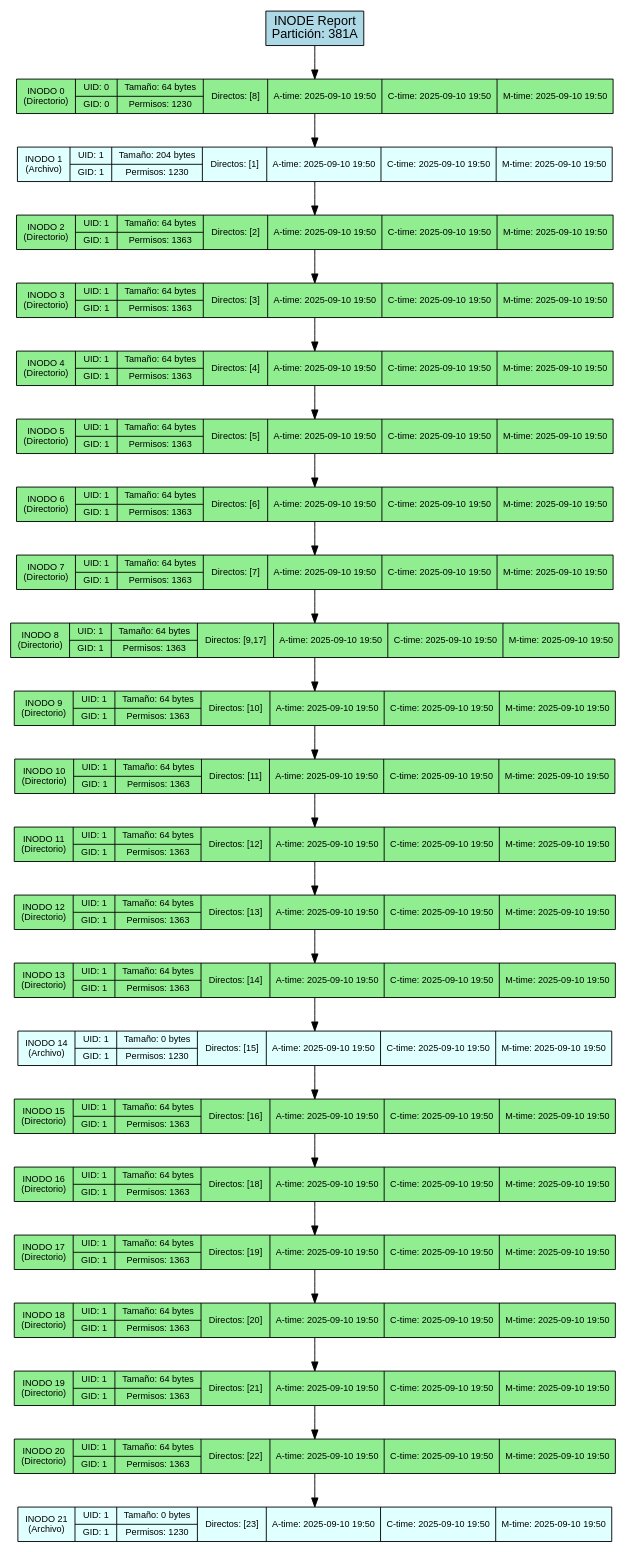
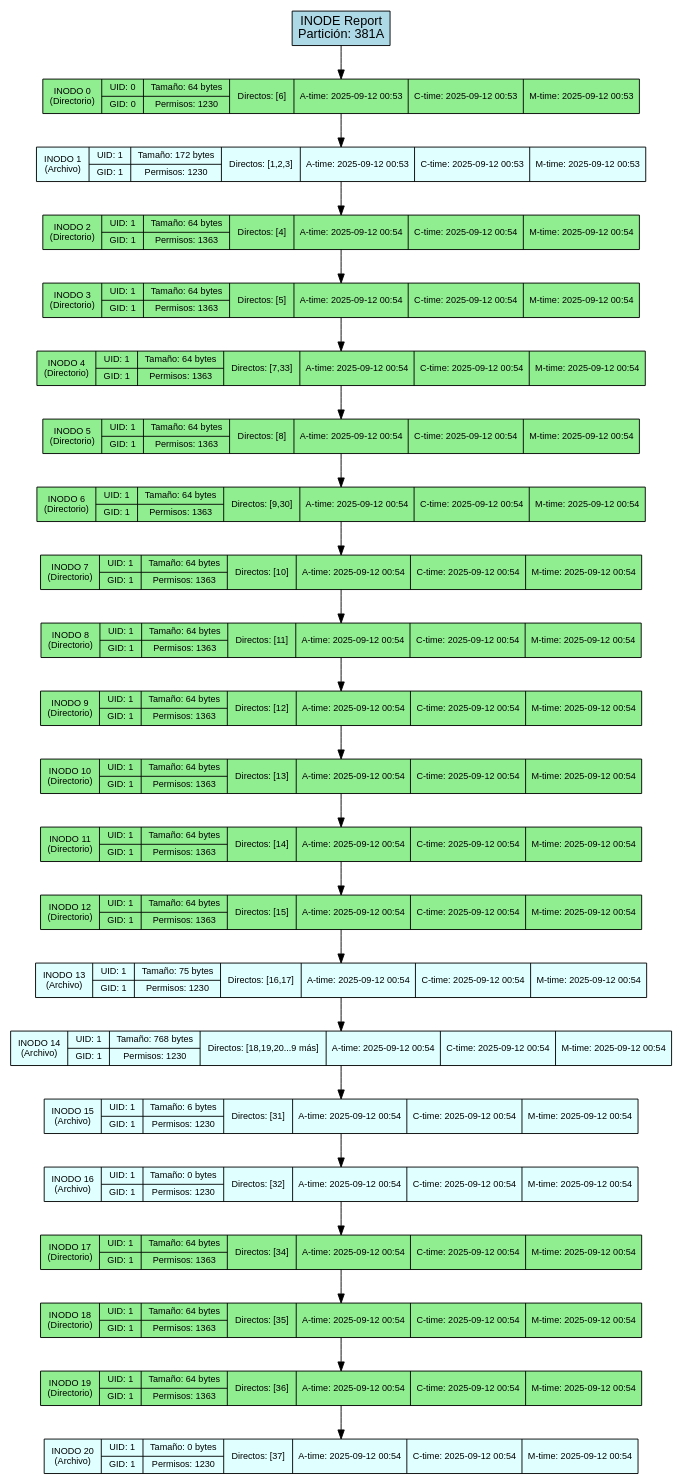
Before and after one commit to DiegVas/MIA_2S2025_P1_202300638: the diagram in backend/provider/reports/src/inode_381A.dot, drawn with Graphviz. The commit also changed 10 other files, not shown here.

```diff
--- a/backend/provider/reports/src/inode_381A.dot
+++ b/backend/provider/reports/src/inode_381A.dot
@@ -1,56 +1,54 @@
 digraph Inode_Report {
     rankdir=TB;
     node [shape=record, style=filled];
     graph [fontname="Arial", fontsize=12];
     node [fontname="Arial", fontsize=10];
     edge [fontname="Arial"];
 
     title [label="INODE Report\nPartición: 381A", fillcolor=lightblue, fontsize=14];
 
-    inode_0 [label="INODO 0\n(Directorio)|{UID: 0 | GID: 0}|{Tamaño: 64 bytes | Permisos: 1230}|{Directos: [8]}|{A-time: 2025-09-10 19:50}|{C-time: 2025-09-10 19:50}|{M-time: 2025-09-10 19:50}", fillcolor=lightgreen];
-    inode_1 [label="INODO 1\n(Archivo)|{UID: 1 | GID: 1}|{Tamaño: 204 bytes | Permisos: 1230}|{Directos: [1]}|{A-time: 2025-09-10 19:50}|{C-time: 2025-09-10 19:50}|{M-time: 2025-09-10 19:50}", fillcolor=lightcyan];
-    inode_2 [label="INODO 2\n(Directorio)|{UID: 1 | GID: 1}|{Tamaño: 64 bytes | Permisos: 1363}|{Directos: [2]}|{A-time: 2025-09-10 19:50}|{C-time: 2025-09-10 19:50}|{M-time: 2025-09-10 19:50}", fillcolor=lightgreen];
-    inode_3 [label="INODO 3\n(Directorio)|{UID: 1 | GID: 1}|{Tamaño: 64 bytes | Permisos: 1363}|{Directos: [3]}|{A-time: 2025-09-10 19:50}|{C-time: 2025-09-10 19:50}|{M-time: 2025-09-10 19:50}", fillcolor=lightgreen];
-    inode_4 [label="INODO 4\n(Directorio)|{UID: 1 | GID: 1}|{Tamaño: 64 bytes | Permisos: 1363}|{Directos: [4]}|{A-time: 2025-09-10 19:50}|{C-time: 2025-09-10 19:50}|{M-time: 2025-09-10 19:50}", fillcolor=lightgreen];
-    inode_5 [label="INODO 5\n(Directorio)|{UID: 1 | GID: 1}|{Tamaño: 64 bytes | Permisos: 1363}|{Directos: [5]}|{A-time: 2025-09-10 19:50}|{C-time: 2025-09-10 19:50}|{M-time: 2025-09-10 19:50}", fillcolor=lightgreen];
-    inode_6 [label="INODO 6\n(Directorio)|{UID: 1 | GID: 1}|{Tamaño: 64 bytes | Permisos: 1363}|{Directos: [6]}|{A-time: 2025-09-10 19:50}|{C-time: 2025-09-10 19:50}|{M-time: 2025-09-10 19:50}", fillcolor=lightgreen];
-    inode_7 [label="INODO 7\n(Directorio)|{UID: 1 | GID: 1}|{Tamaño: 64 bytes | Permisos: 1363}|{Directos: [7]}|{A-time: 2025-09-10 19:50}|{C-time: 2025-09-10 19:50}|{M-time: 2025-09-10 19:50}", fillcolor=lightgreen];
-    inode_8 [label="INODO 8\n(Directorio)|{UID: 1 | GID: 1}|{Tamaño: 64 bytes | Permisos: 1363}|{Directos: [9,17]}|{A-time: 2025-09-10 19:50}|{C-time: 2025-09-10 19:50}|{M-time: 2025-09-10 19:50}", fillcolor=lightgreen];
-    inode_9 [label="INODO 9\n(Directorio)|{UID: 1 | GID: 1}|{Tamaño: 64 bytes | Permisos: 1363}|{Directos: [10]}|{A-time: 2025-09-10 19:50}|{C-time: 2025-09-10 19:50}|{M-time: 2025-09-10 19:50}", fillcolor=lightgreen];
-    inode_10 [label="INODO 10\n(Directorio)|{UID: 1 | GID: 1}|{Tamaño: 64 bytes | Permisos: 1363}|{Directos: [11]}|{A-time: 2025-09-10 19:50}|{C-time: 2025-09-10 19:50}|{M-time: 2025-09-10 19:50}", fillcolor=lightgreen];
-    inode_11 [label="INODO 11\n(Directorio)|{UID: 1 | GID: 1}|{Tamaño: 64 bytes | Permisos: 1363}|{Directos: [12]}|{A-time: 2025-09-10 19:50}|{C-time: 2025-09-10 19:50}|{M-time: 2025-09-10 19:50}", fillcolor=lightgreen];
-    inode_12 [label="INODO 12\n(Directorio)|{UID: 1 | GID: 1}|{Tamaño: 64 bytes | Permisos: 1363}|{Directos: [13]}|{A-time: 2025-09-10 19:50}|{C-time: 2025-09-10 19:50}|{M-time: 2025-09-10 19:50}", fillcolor=lightgreen];
-    inode_13 [label="INODO 13\n(Directorio)|{UID: 1 | GID: 1}|{Tamaño: 64 bytes | Permisos: 1363}|{Directos: [14]}|{A-time: 2025-09-10 19:50}|{C-time: 2025-09-10 19:50}|{M-time: 2025-09-10 19:50}", fillcolor=lightgreen];
-    inode_14 [label="INODO 14\n(Archivo)|{UID: 1 | GID: 1}|{Tamaño: 0 bytes | Permisos: 1230}|{Directos: [15]}|{A-time: 2025-09-10 19:50}|{C-time: 2025-09-10 19:50}|{M-time: 2025-09-10 19:50}", fillcolor=lightcyan];
-    inode_15 [label="INODO 15\n(Directorio)|{UID: 1 | GID: 1}|{Tamaño: 64 bytes | Permisos: 1363}|{Directos: [16]}|{A-time: 2025-09-10 19:50}|{C-time: 2025-09-10 19:50}|{M-time: 2025-09-10 19:50}", fillcolor=lightgreen];
-    inode_16 [label="INODO 16\n(Directorio)|{UID: 1 | GID: 1}|{Tamaño: 64 bytes | Permisos: 1363}|{Directos: [18]}|{A-time: 2025-09-10 19:50}|{C-time: 2025-09-10 19:50}|{M-time: 2025-09-10 19:50}", fillcolor=lightgreen];
-    inode_17 [label="INODO 17\n(Directorio)|{UID: 1 | GID: 1}|{Tamaño: 64 bytes | Permisos: 1363}|{Directos: [19]}|{A-time: 2025-09-10 19:50}|{C-time: 2025-09-10 19:50}|{M-time: 2025-09-10 19:50}", fillcolor=lightgreen];
-    inode_18 [label="INODO 18\n(Directorio)|{UID: 1 | GID: 1}|{Tamaño: 64 bytes | Permisos: 1363}|{Directos: [20]}|{A-time: 2025-09-10 19:50}|{C-time: 2025-09-10 19:50}|{M-time: 2025-09-10 19:50}", fillcolor=lightgreen];
-    inode_19 [label="INODO 19\n(Directorio)|{UID: 1 | GID: 1}|{Tamaño: 64 bytes | Permisos: 1363}|{Directos: [21]}|{A-time: 2025-09-10 19:50}|{C-time: 2025-09-10 19:50}|{M-time: 2025-09-10 19:50}", fillcolor=lightgreen];
-    inode_20 [label="INODO 20\n(Directorio)|{UID: 1 | GID: 1}|{Tamaño: 64 bytes | Permisos: 1363}|{Directos: [22]}|{A-time: 2025-09-10 19:50}|{C-time: 2025-09-10 19:50}|{M-time: 2025-09-10 19:50}", fillcolor=lightgreen];
-    inode_21 [label="INODO 21\n(Archivo)|{UID: 1 | GID: 1}|{Tamaño: 0 bytes | Permisos: 1230}|{Directos: [23]}|{A-time: 2025-09-10 19:50}|{C-time: 2025-09-10 19:50}|{M-time: 2025-09-10 19:50}", fillcolor=lightcyan];
+    inode_0 [label="INODO 0\n(Directorio)|{UID: 0 | GID: 0}|{Tamaño: 64 bytes | Permisos: 1230}|{Directos: [6]}|{A-time: 2025-09-12 00:53}|{C-time: 2025-09-12 00:53}|{M-time: 2025-09-12 00:53}", fillcolor=lightgreen];
+    inode_1 [label="INODO 1\n(Archivo)|{UID: 1 | GID: 1}|{Tamaño: 172 bytes | Permisos: 1230}|{Directos: [1,2,3]}|{A-time: 2025-09-12 00:53}|{C-time: 2025-09-12 00:53}|{M-time: 2025-09-12 00:53}", fillcolor=lightcyan];
+    inode_2 [label="INODO 2\n(Directorio)|{UID: 1 | GID: 1}|{Tamaño: 64 bytes | Permisos: 1363}|{Directos: [4]}|{A-time: 2025-09-12 00:54}|{C-time: 2025-09-12 00:54}|{M-time: 2025-09-12 00:54}", fillcolor=lightgreen];
+    inode_3 [label="INODO 3\n(Directorio)|{UID: 1 | GID: 1}|{Tamaño: 64 bytes | Permisos: 1363}|{Directos: [5]}|{A-time: 2025-09-12 00:54}|{C-time: 2025-09-12 00:54}|{M-time: 2025-09-12 00:54}", fillcolor=lightgreen];
+    inode_4 [label="INODO 4\n(Directorio)|{UID: 1 | GID: 1}|{Tamaño: 64 bytes | Permisos: 1363}|{Directos: [7,33]}|{A-time: 2025-09-12 00:54}|{C-time: 2025-09-12 00:54}|{M-time: 2025-09-12 00:54}", fillcolor=lightgreen];
+    inode_5 [label="INODO 5\n(Directorio)|{UID: 1 | GID: 1}|{Tamaño: 64 bytes | Permisos: 1363}|{Directos: [8]}|{A-time: 2025-09-12 00:54}|{C-time: 2025-09-12 00:54}|{M-time: 2025-09-12 00:54}", fillcolor=lightgreen];
+    inode_6 [label="INODO 6\n(Directorio)|{UID: 1 | GID: 1}|{Tamaño: 64 bytes | Permisos: 1363}|{Directos: [9,30]}|{A-time: 2025-09-12 00:54}|{C-time: 2025-09-12 00:54}|{M-time: 2025-09-12 00:54}", fillcolor=lightgreen];
+    inode_7 [label="INODO 7\n(Directorio)|{UID: 1 | GID: 1}|{Tamaño: 64 bytes | Permisos: 1363}|{Directos: [10]}|{A-time: 2025-09-12 00:54}|{C-time: 2025-09-12 00:54}|{M-time: 2025-09-12 00:54}", fillcolor=lightgreen];
+    inode_8 [label="INODO 8\n(Directorio)|{UID: 1 | GID: 1}|{Tamaño: 64 bytes | Permisos: 1363}|{Directos: [11]}|{A-time: 2025-09-12 00:54}|{C-time: 2025-09-12 00:54}|{M-time: 2025-09-12 00:54}", fillcolor=lightgreen];
+    inode_9 [label="INODO 9\n(Directorio)|{UID: 1 | GID: 1}|{Tamaño: 64 bytes | Permisos: 1363}|{Directos: [12]}|{A-time: 2025-09-12 00:54}|{C-time: 2025-09-12 00:54}|{M-time: 2025-09-12 00:54}", fillcolor=lightgreen];
+    inode_10 [label="INODO 10\n(Directorio)|{UID: 1 | GID: 1}|{Tamaño: 64 bytes | Permisos: 1363}|{Directos: [13]}|{A-time: 2025-09-12 00:54}|{C-time: 2025-09-12 00:54}|{M-time: 2025-09-12 00:54}", fillcolor=lightgreen];
+    inode_11 [label="INODO 11\n(Directorio)|{UID: 1 | GID: 1}|{Tamaño: 64 bytes | Permisos: 1363}|{Directos: [14]}|{A-time: 2025-09-12 00:54}|{C-time: 2025-09-12 00:54}|{M-time: 2025-09-12 00:54}", fillcolor=lightgreen];
+    inode_12 [label="INODO 12\n(Directorio)|{UID: 1 | GID: 1}|{Tamaño: 64 bytes | Permisos: 1363}|{Directos: [15]}|{A-time: 2025-09-12 00:54}|{C-time: 2025-09-12 00:54}|{M-time: 2025-09-12 00:54}", fillcolor=lightgreen];
+    inode_13 [label="INODO 13\n(Archivo)|{UID: 1 | GID: 1}|{Tamaño: 75 bytes | Permisos: 1230}|{Directos: [16,17]}|{A-time: 2025-09-12 00:54}|{C-time: 2025-09-12 00:54}|{M-time: 2025-09-12 00:54}", fillcolor=lightcyan];
+    inode_14 [label="INODO 14\n(Archivo)|{UID: 1 | GID: 1}|{Tamaño: 768 bytes | Permisos: 1230}|{Directos: [18,19,20...9 más]}|{A-time: 2025-09-12 00:54}|{C-time: 2025-09-12 00:54}|{M-time: 2025-09-12 00:54}", fillcolor=lightcyan];
+    inode_15 [label="INODO 15\n(Archivo)|{UID: 1 | GID: 1}|{Tamaño: 6 bytes | Permisos: 1230}|{Directos: [31]}|{A-time: 2025-09-12 00:54}|{C-time: 2025-09-12 00:54}|{M-time: 2025-09-12 00:54}", fillcolor=lightcyan];
+    inode_16 [label="INODO 16\n(Archivo)|{UID: 1 | GID: 1}|{Tamaño: 0 bytes | Permisos: 1230}|{Directos: [32]}|{A-time: 2025-09-12 00:54}|{C-time: 2025-09-12 00:54}|{M-time: 2025-09-12 00:54}", fillcolor=lightcyan];
+    inode_17 [label="INODO 17\n(Directorio)|{UID: 1 | GID: 1}|{Tamaño: 64 bytes | Permisos: 1363}|{Directos: [34]}|{A-time: 2025-09-12 00:54}|{C-time: 2025-09-12 00:54}|{M-time: 2025-09-12 00:54}", fillcolor=lightgreen];
+    inode_18 [label="INODO 18\n(Directorio)|{UID: 1 | GID: 1}|{Tamaño: 64 bytes | Permisos: 1363}|{Directos: [35]}|{A-time: 2025-09-12 00:54}|{C-time: 2025-09-12 00:54}|{M-time: 2025-09-12 00:54}", fillcolor=lightgreen];
+    inode_19 [label="INODO 19\n(Directorio)|{UID: 1 | GID: 1}|{Tamaño: 64 bytes | Permisos: 1363}|{Directos: [36]}|{A-time: 2025-09-12 00:54}|{C-time: 2025-09-12 00:54}|{M-time: 2025-09-12 00:54}", fillcolor=lightgreen];
+    inode_20 [label="INODO 20\n(Archivo)|{UID: 1 | GID: 1}|{Tamaño: 0 bytes | Permisos: 1230}|{Directos: [37]}|{A-time: 2025-09-12 00:54}|{C-time: 2025-09-12 00:54}|{M-time: 2025-09-12 00:54}", fillcolor=lightcyan];
 
     // Conexiones de la lista enlazada
     title -> inode_0;
     inode_0 -> inode_1;
     inode_1 -> inode_2;
     inode_2 -> inode_3;
     inode_3 -> inode_4;
     inode_4 -> inode_5;
     inode_5 -> inode_6;
     inode_6 -> inode_7;
     inode_7 -> inode_8;
     inode_8 -> inode_9;
     inode_9 -> inode_10;
     inode_10 -> inode_11;
     inode_11 -> inode_12;
     inode_12 -> inode_13;
     inode_13 -> inode_14;
     inode_14 -> inode_15;
     inode_15 -> inode_16;
     inode_16 -> inode_17;
     inode_17 -> inode_18;
     inode_18 -> inode_19;
     inode_19 -> inode_20;
-    inode_20 -> inode_21;
 }
```
